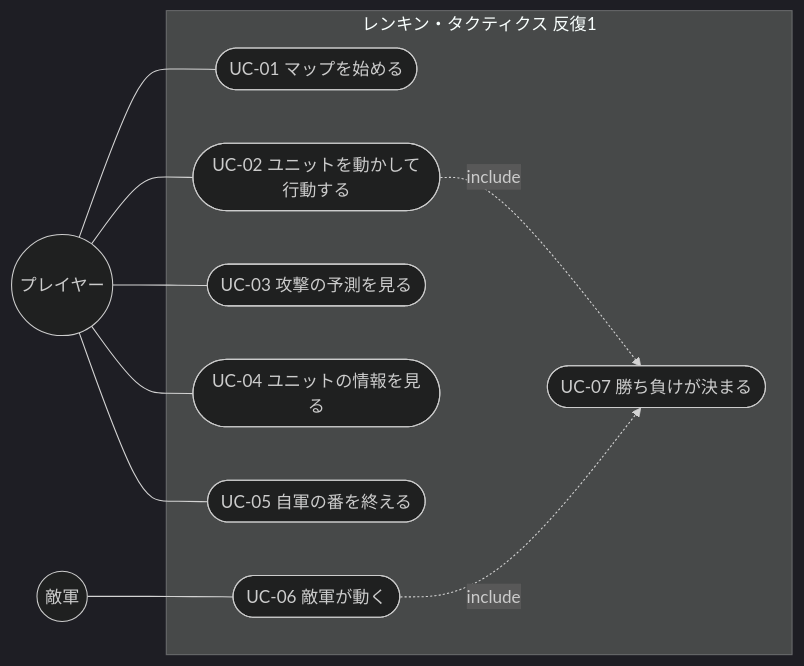
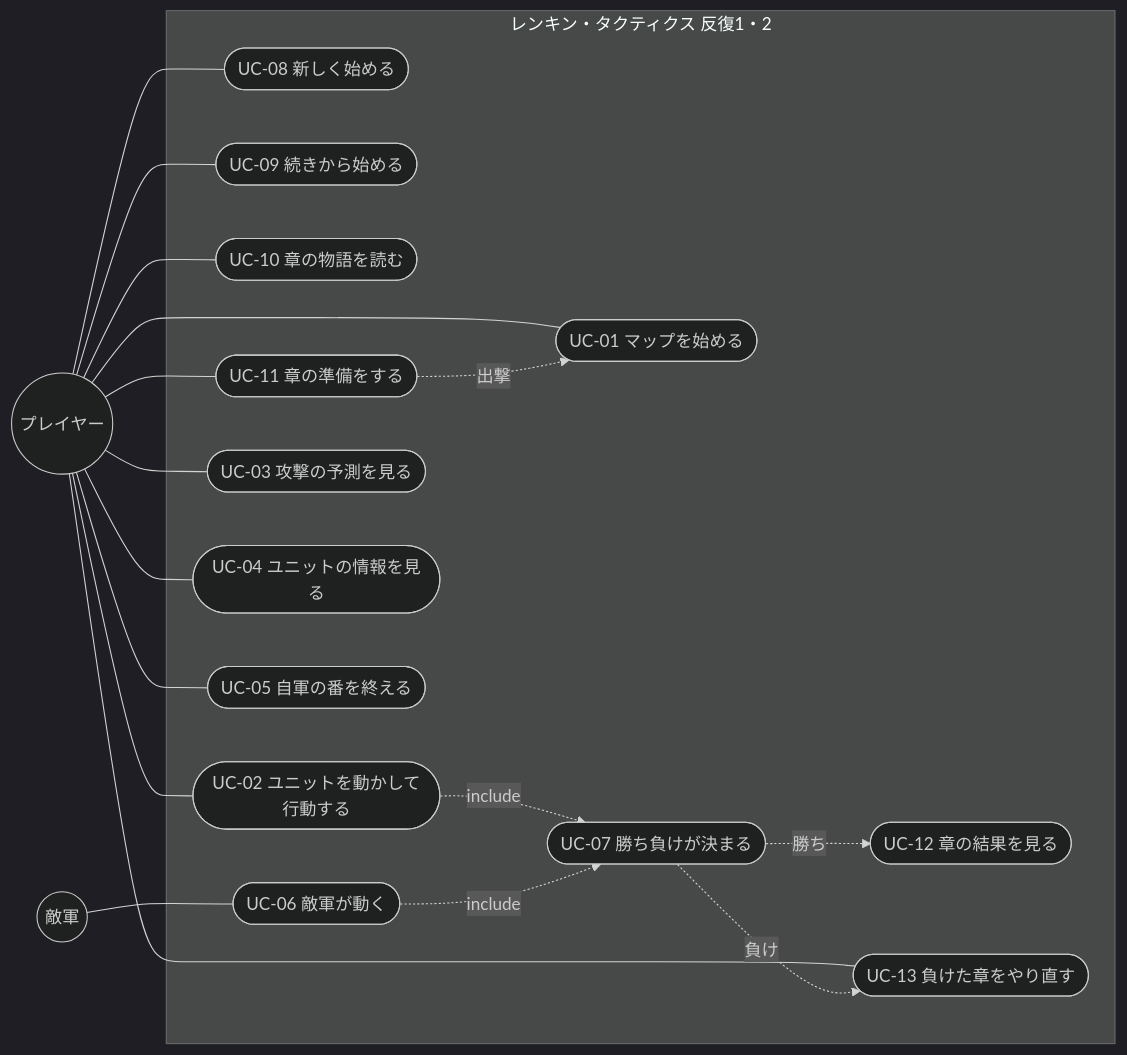
One commit to sakana396/renkin_tactics changed the diagram in docs/02_requirements/use-cases.md. Above: the diagram before and after it, drawn with Mermaid (dark theme). The commit also changed other lines of this file and 4 other files, not shown here.

````diff
--- a/docs/02_requirements/use-cases.md
+++ b/docs/02_requirements/use-cases.md
@@ -17,22 +17,36 @@
 ```mermaid
 flowchart LR
   P((プレイヤー))
   E((敵軍))
-  subgraph RT[レンキン・タクティクス 反復1]
+  subgraph RT[レンキン・タクティクス 反復1・2]
+    UC08([UC-08 新しく始める])
+    UC09([UC-09 続きから始める])
+    UC10([UC-10 章の物語を読む])
+    UC11([UC-11 章の準備をする])
     UC01([UC-01 マップを始める])
     UC02([UC-02 ユニットを動かして行動する])
     UC03([UC-03 攻撃の予測を見る])
     UC04([UC-04 ユニットの情報を見る])
     UC05([UC-05 自軍の番を終える])
     UC06([UC-06 敵軍が動く])
     UC07([UC-07 勝ち負けが決まる])
+    UC12([UC-12 章の結果を見る])
+    UC13([UC-13 負けた章をやり直す])
   end
+  P --- UC08
+  P --- UC09
+  P --- UC10
+  P --- UC11
+  P --- UC13
   P --- UC01
   P --- UC02
   P --- UC03
   P --- UC04
   P --- UC05
   E --- UC06
   UC02 -.include.-> UC07
   UC06 -.include.-> UC07
+  UC07 -.勝ち.-> UC12
+  UC07 -.負け.-> UC13
+  UC11 -.出撃.-> UC01
 ```
````
